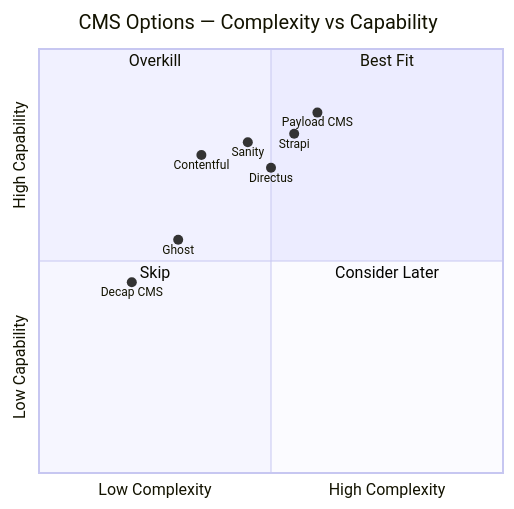
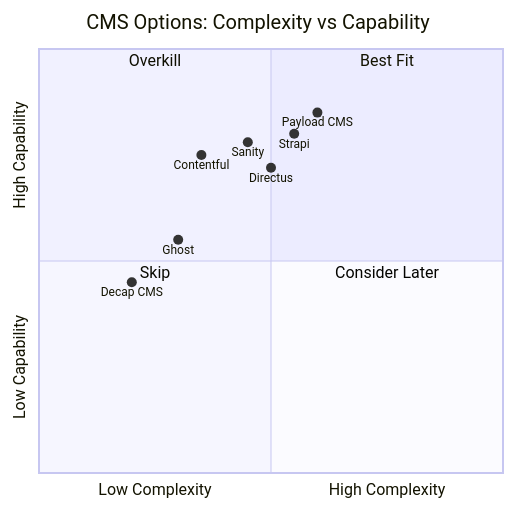
One commit to mengliang10/future changed the second of 5 diagrams in enhancements/01-cms-overhaul.md. Above: the diagram before and after it, drawn with Mermaid. The commit also changed other lines of this file and 348 other files, not shown here.

Commit message:
Global removal of em-dashes, homepage section reordering, and flow improvements

````diff
--- a/enhancements/01-cms-overhaul.md
+++ b/enhancements/01-cms-overhaul.md
@@ -74,17 +74,17 @@
 ```mermaid
 quadrantChart
-    title CMS Options — Complexity vs Capability
+    title CMS Options: Complexity vs Capability
     x-axis Low Complexity --> High Complexity
     y-axis Low Capability --> High Capability
     quadrant-1 Best Fit
     quadrant-2 Overkill
     quadrant-3 Skip
     quadrant-4 Consider Later
     Decap CMS: [0.2, 0.45]
     Strapi: [0.55, 0.80]
     Payload CMS: [0.60, 0.85]
     Contentful: [0.35, 0.75]
     Sanity: [0.45, 0.78]
     Ghost: [0.30, 0.55]
     Directus: [0.50, 0.72]
 ```
````
